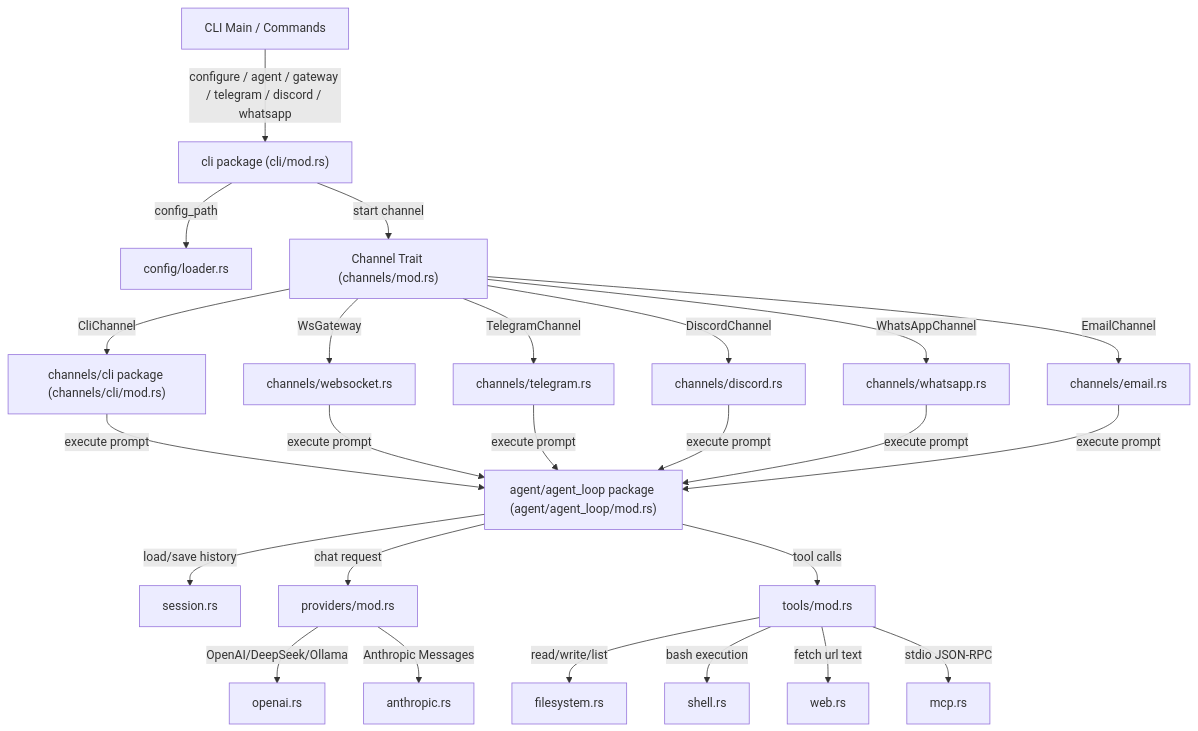
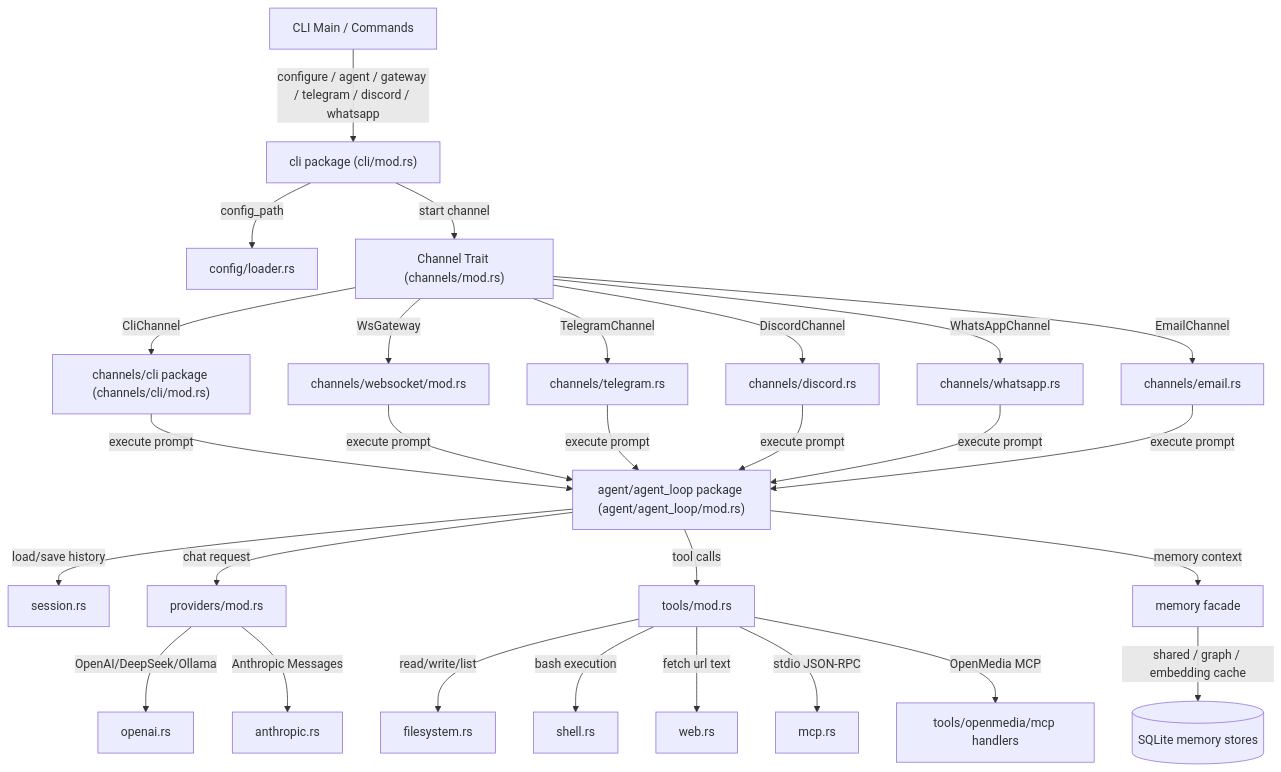
The diagram in docs/architecture.md (aswin402/openz-rs), drawn with Mermaid before and after one commit. The commit also changed other lines of this file and 351 other files, not shown here.

First line of the commit message:
release: v0.0.143 — architecture modularization, browser subsystem grouping, and code polish

````diff
--- a/docs/architecture.md
+++ b/docs/architecture.md
@@ -13,27 +13,30 @@
 ```mermaid
 graph TD
     CLI[CLI Main / Commands] --> |configure / agent / gateway / telegram / discord / whatsapp| CLI_RUN["cli package (cli/mod.rs)"]
     CLI_RUN --> |config_path| CONF[config/loader.rs]
     CLI_RUN --> |start channel| TRAIT["Channel Trait (channels/mod.rs)"]
     
     TRAIT --> |CliChannel| CLI_CHAN["channels/cli package (channels/cli/mod.rs)"]
-    TRAIT --> |WsGateway| WS_CHAN[channels/websocket.rs]
+    TRAIT --> |WsGateway| WS_CHAN[channels/websocket/mod.rs]
     TRAIT --> |TelegramChannel| TG_CHAN[channels/telegram.rs]
     TRAIT --> |DiscordChannel| DC_CHAN[channels/discord.rs]
     TRAIT --> |WhatsAppChannel| WA_CHAN[channels/whatsapp.rs]
     TRAIT --> |EmailChannel| EM_CHAN[channels/email.rs]
  
     CLI_CHAN & WS_CHAN & TG_CHAN & DC_CHAN & WA_CHAN & EM_CHAN --> |execute prompt| LOOP["agent/agent_loop package (agent/agent_loop/mod.rs)"]
     
     LOOP --> |load/save history| SESS[session.rs]
     LOOP --> |chat request| PROV[providers/mod.rs]
     LOOP --> |tool calls| TOOLS[tools/mod.rs]
+    LOOP --> |memory context| MEMORY[memory facade]
     
     PROV --> |OpenAI/DeepSeek/Ollama| openai.rs
     PROV --> |Anthropic Messages| anthropic.rs
     
     TOOLS --> |read/write/list| filesystem.rs
     TOOLS --> |bash execution| shell.rs
     TOOLS --> |fetch url text| web.rs
     TOOLS --> |stdio JSON-RPC| mcp.rs
+    MEMORY --> |shared / graph / embedding cache| DBS[(SQLite memory stores)]
+    TOOLS --> |OpenMedia MCP| OM[tools/openmedia/mcp handlers]
 ```
````
